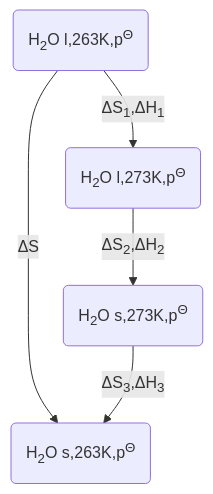
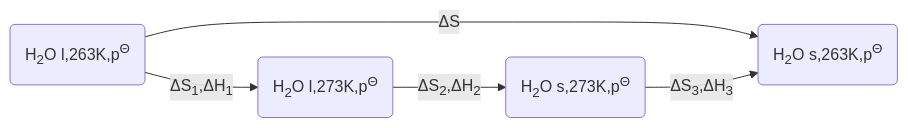
Before and after one commit to Bluuur/MarkdownNotes: the third of 3 diagrams in 物理化学/1.7熵增加原理及化学反应方向.md, drawn with Mermaid. The commit also changed other lines of this file and 4 other files, not shown here.

````diff
--- a/物理化学/1.7熵增加原理及化学反应方向.md
+++ b/物理化学/1.7熵增加原理及化学反应方向.md
@@ -492,7 +494,7 @@
 ```mermaid
-graph TB
+graph LR
 A(H<sub>2</sub>O l,263K,p<sup>Θ</sup>)--ΔS--> D(H<sub>2</sub>O s,263K,p<sup>Θ</sup>)
 A--ΔS<sub>1</sub>,ΔH<sub>1</sub>-->B(H<sub>2</sub>O l,273K,p<sup>Θ</sup>)
 B--ΔS<sub>2</sub>,ΔH<sub>2</sub>-->C(H<sub>2</sub>O s,273K,p<sup>Θ</sup>)
 C--ΔS<sub>3</sub>,ΔH<sub>3</sub>-->D
 ```
````
